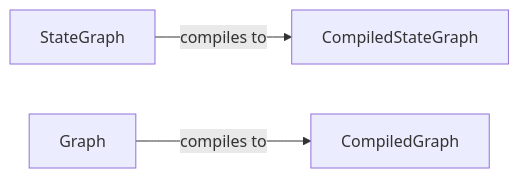
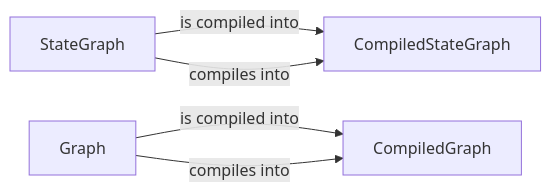
One commit to CodeBoarding/GeneratedOnBoardings changed the diagram in langgraph/Graph Definition and Compilation.md. Above: the diagram before and after it, drawn with Mermaid. The commit also changed other lines of this file and 11 other files, not shown here.

````diff
--- a/langgraph/Graph Definition and Compilation.md
+++ b/langgraph/Graph Definition and Compilation.md
@@ -1,9 +1,11 @@
 ```mermaid
 graph LR
     StateGraph["StateGraph"]
     CompiledStateGraph["CompiledStateGraph"]
     Graph["Graph"]
     CompiledGraph["CompiledGraph"]
-    StateGraph -- "compiles to" --> CompiledStateGraph
-    Graph -- "compiles to" --> CompiledGraph
+    StateGraph -- "is compiled into" --> CompiledStateGraph
+    Graph -- "is compiled into" --> CompiledGraph
+    StateGraph -- "compiles into" --> CompiledStateGraph
+    Graph -- "compiles into" --> CompiledGraph
 ```
````
